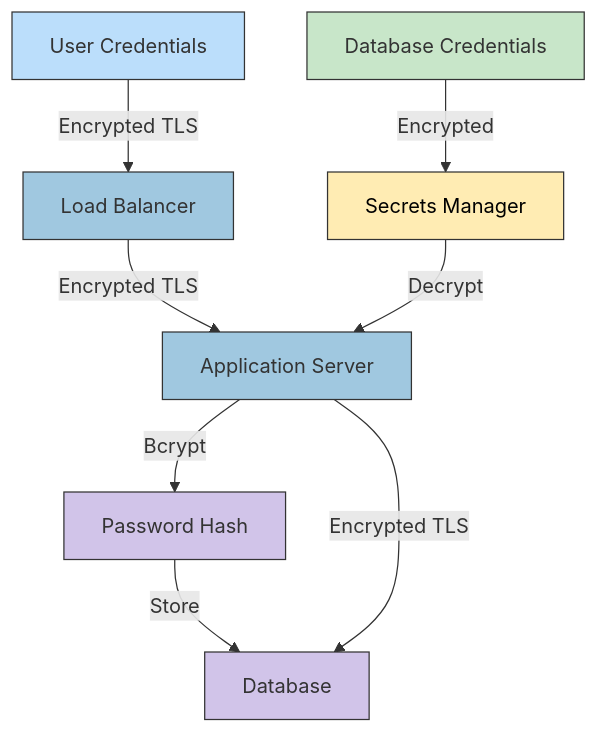
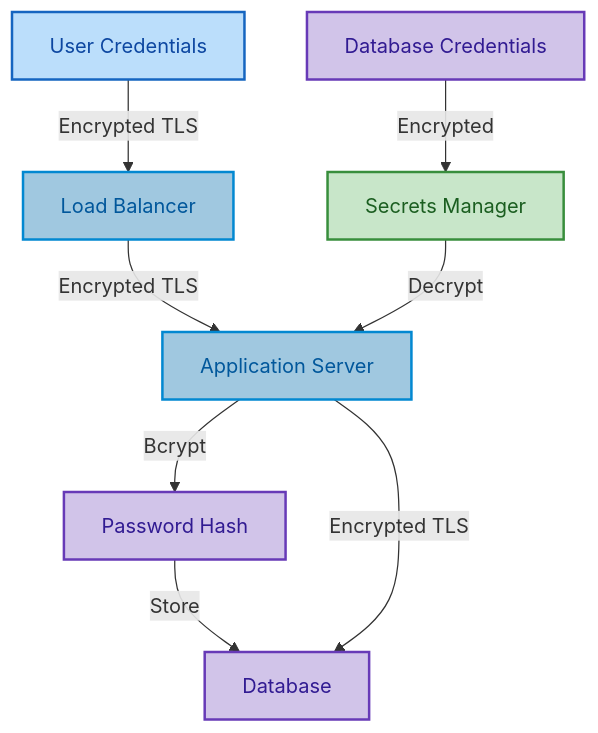
One commit to Hack23/cia changed the ninth of 12 diagrams in SECURITY_ARCHITECTURE.md. Above: the diagram before and after it, drawn with Mermaid. The commit also changed other lines of this file, not shown here.

````diff
--- a/SECURITY_ARCHITECTURE.md
+++ b/SECURITY_ARCHITECTURE.md
@@ -696,19 +741,23 @@
 ```mermaid
 graph TD
+    %% Node styling classes
+    classDef userNode fill:#bbdefb,stroke:#1565c0,stroke-width:2px,color:#0d47a1
+    classDef appNode fill:#a0c8e0,stroke:#0288d1,stroke-width:2px,color:#01579b
+    classDef dataNode fill:#d1c4e9,stroke:#673ab7,stroke-width:2px,color:#311b92
+    classDef encryptNode fill:#c8e6c9,stroke:#388e3c,stroke-width:2px,color:#1b5e20
+    
     A[User Credentials] -->|Encrypted TLS| B[Load Balancer]
     B -->|Encrypted TLS| C[Application Server]
     C -->|Bcrypt| D[Password Hash]
     D -->|Store| E[Database]
     
     F[Database Credentials] -->|Encrypted| G[Secrets Manager]
     G -->|Decrypt| C
     C -->|Encrypted TLS| E
     
-    style A fill:#bbdefb,stroke:#333,stroke-width:1px
-    style B fill:#a0c8e0,stroke:#333,stroke-width:1px
-    style C fill:#a0c8e0,stroke:#333,stroke-width:1px
-    style D fill:#d1c4e9,stroke:#333,stroke-width:1px
-    style E fill:#d1c4e9,stroke:#333,stroke-width:1px
-    style F fill:#c8e6c9,stroke:#333,stroke-width:1px
-    style G fill:#ffecb3,stroke:#333,stroke-width:1px,color:black
+    %% Apply styling classes
+    class A userNode
+    class B,C appNode
+    class D,E,F dataNode
+    class G encryptNode
 ```
````
